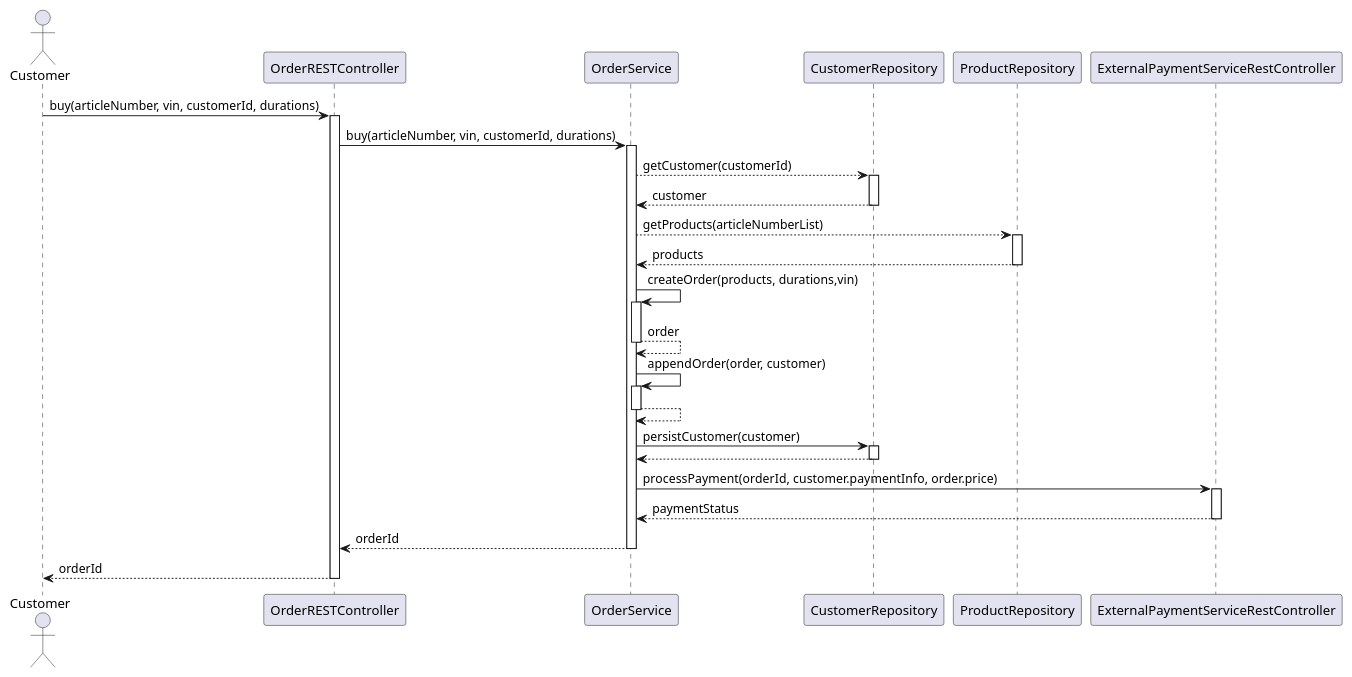
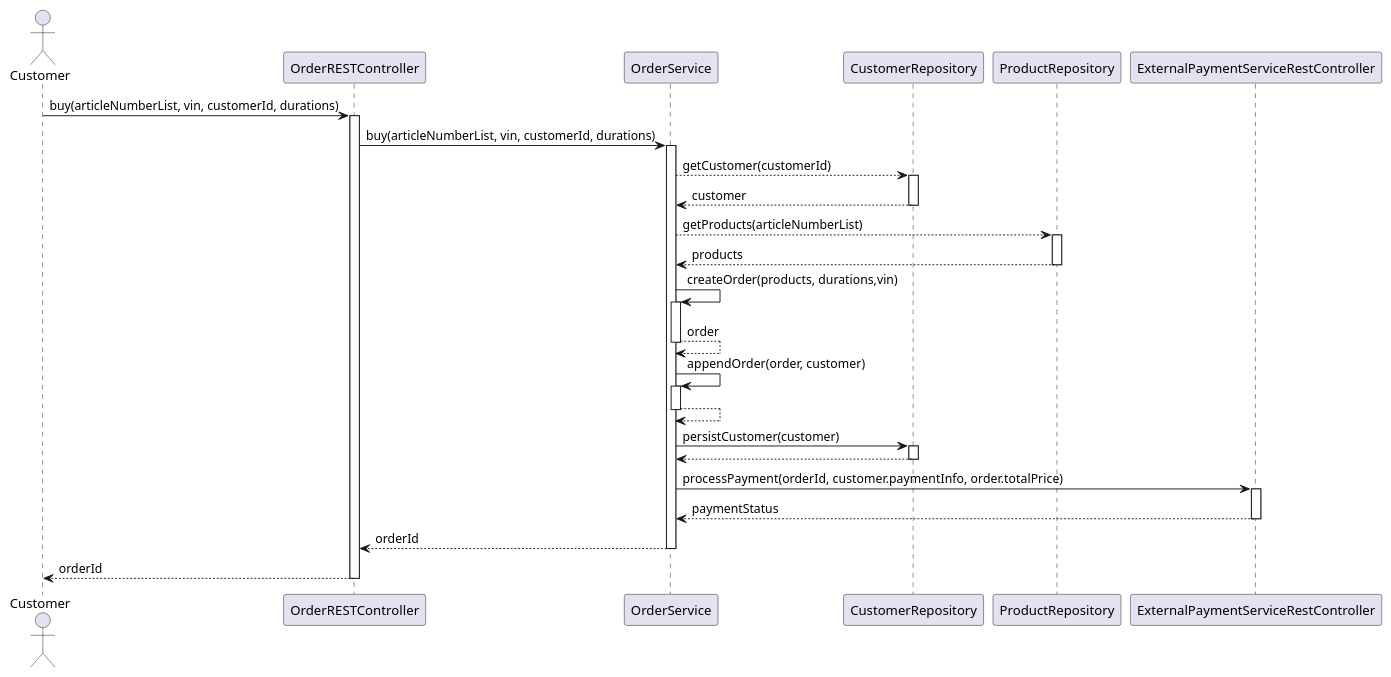
The diagram in Phase 2/MoTraCoCa/UML/Sequence_Order.puml (ljbg1996/car-backend), drawn with PlantUML before and after one commit. The commit also changed 4 other files, not shown here.

```diff
--- a/Phase 2/MoTraCoCa/UML/Sequence_Order.puml
+++ b/Phase 2/MoTraCoCa/UML/Sequence_Order.puml
@@ -1,53 +1,53 @@
 @startuml
-'test
+
 actor Customer
 
-Customer -> OrderRESTController : buy(articleNumber, vin, customerId, durations)
+Customer -> OrderRESTController : buy(articleNumberList, vin, customerId, durations)
 activate OrderRESTController
 
 
-OrderRESTController -> OrderService : buy(articleNumber, vin, customerId, durations)
+OrderRESTController -> OrderService : buy(articleNumberList, vin, customerId, durations)
 activate OrderService
 
 
 
 OrderService --> CustomerRepository : getCustomer(customerId)
 activate CustomerRepository
 
 CustomerRepository --> OrderService : customer
 deactivate CustomerRepository
 
 OrderService --> ProductRepository : getProducts(articleNumberList)
 activate ProductRepository
 
 ProductRepository --> OrderService : products
 deactivate ProductRepository
 
 OrderService -> OrderService : createOrder(products, durations,vin)
 activate OrderService
 OrderService --> OrderService :order
 deactivate OrderService
 
 OrderService -> OrderService : appendOrder(order, customer)
 activate OrderService
 OrderService --> OrderService
 deactivate OrderService
 
 OrderService -> CustomerRepository : persistCustomer(customer)
 activate CustomerRepository
 CustomerRepository --> OrderService
 deactivate CustomerRepository
 
-OrderService -> ExternalPaymentServiceRestController : processPayment(orderId, customer.paymentInfo, order.price)
+OrderService -> ExternalPaymentServiceRestController : processPayment(orderId, customer.paymentInfo, order.totalPrice)
 activate ExternalPaymentServiceRestController
 
 ExternalPaymentServiceRestController --> OrderService : paymentStatus
 deactivate ExternalPaymentServiceRestController
 
 OrderService --> OrderRESTController : orderId
 deactivate OrderService
 
 OrderRESTController --> Customer : orderId
 deactivate OrderRESTController
 
 @enduml
```
